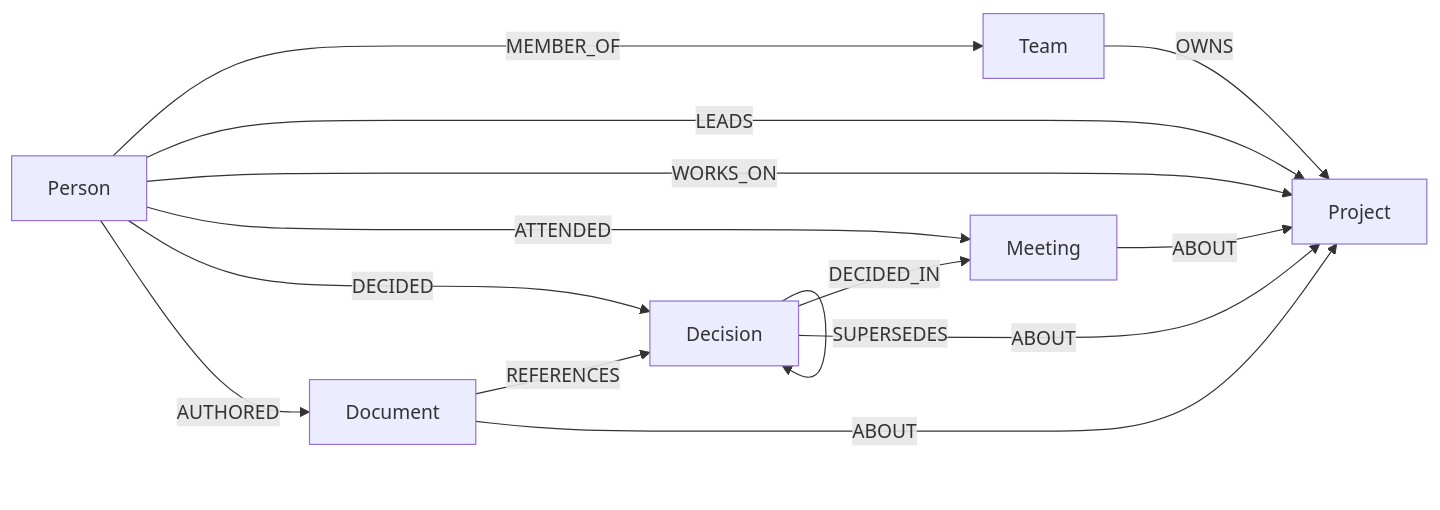
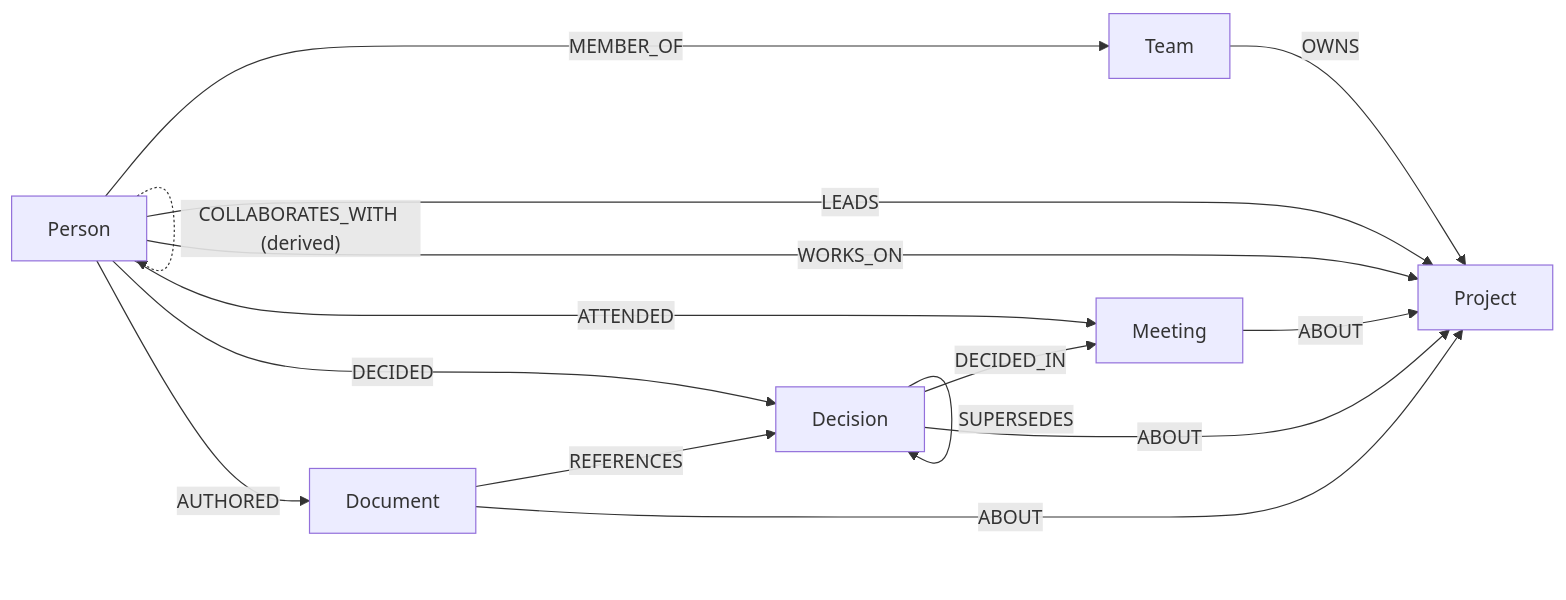
Before and after one commit to aaryn01/teambrain: the second of 2 diagrams in README.md, drawn with Mermaid. The commit also changed other lines of this file and 10 other files, not shown here.

````diff
--- a/README.md
+++ b/README.md
@@ -57,16 +86,17 @@
 ```mermaid
 graph LR
   Person -- MEMBER_OF --> Team
   Team -- OWNS --> Project
   Person -- LEADS --> Project
   Person -- WORKS_ON --> Project
   Person -- ATTENDED --> Meeting
   Meeting -- ABOUT --> Project
   Person -- DECIDED --> Decision
   Decision -- DECIDED_IN --> Meeting
   Decision -- ABOUT --> Project
   Decision -- SUPERSEDES --> Decision
   Person -- AUTHORED --> Document
   Document -- ABOUT --> Project
   Document -- REFERENCES --> Decision
+  Person -. COLLABORATES_WITH (derived) .-> Person
 ```
````
